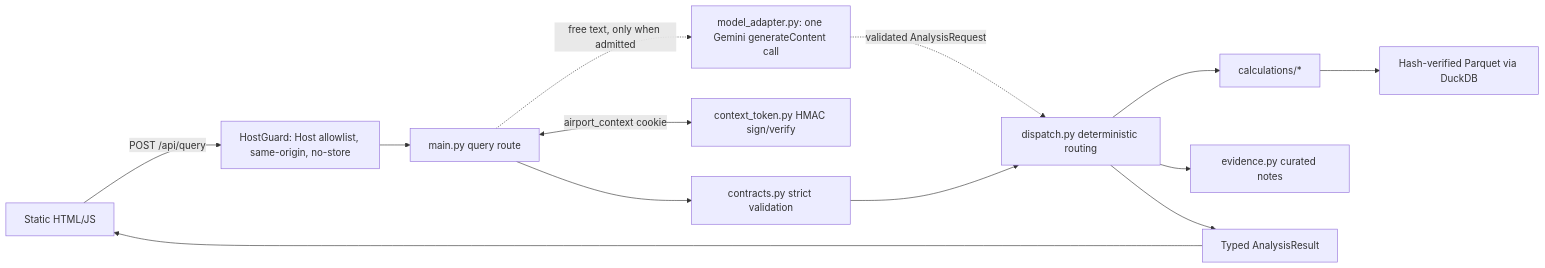
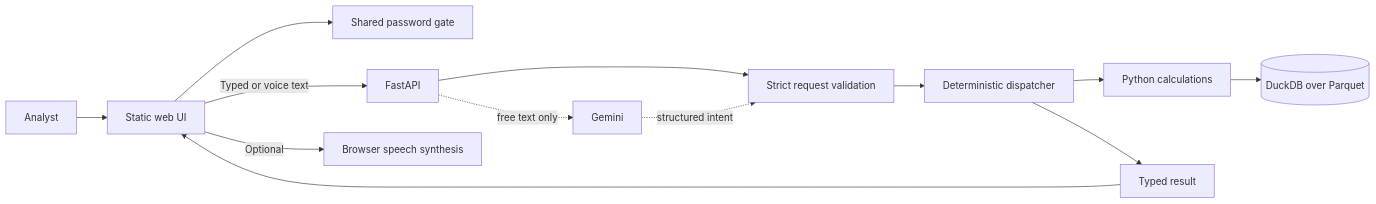
The first of 3 diagrams in docs/ARCHITECTURE.md (Bar-Bettash/deloitte-home-assignment), drawn with Mermaid before and after one commit. The commit also changed other lines of this file and 74 other files, not shown here.

````diff
--- a/docs/ARCHITECTURE.md
+++ b/docs/ARCHITECTURE.md
@@ -22,15 +7,15 @@
 ```mermaid
 flowchart LR
-    UI[Static HTML/JS] -->|POST /api/query| Guard[HostGuard: Host allowlist, same-origin, no-store]
-    Guard --> API[main.py query route]
-    API --> Contract[contracts.py strict validation]
-    API <-->|airport_context cookie| Ctx[context_token.py HMAC sign/verify]
-    API -.->|free text, only when admitted| Model[model_adapter.py: one Gemini generateContent call]
-    Model -.->|validated AnalysisRequest| Dispatch
-    Contract --> Dispatch[dispatch.py deterministic routing]
-    Dispatch --> Calc[calculations/*]
-    Calc --> Data[Hash-verified Parquet via DuckDB]
-    Dispatch --> Evidence[evidence.py curated notes]
-    Dispatch --> Result[Typed AnalysisResult]
-    Result --> UI
+    U[Analyst] --> UI[Static web UI]
+    UI --> AUTH[Shared password gate]
+    UI -->|Typed or voice text| API[FastAPI]
+    API --> CONTRACT[Strict request validation]
+    API -. free text only .-> LLM[Gemini]
+    LLM -. structured intent .-> CONTRACT
+    CONTRACT --> DISPATCH[Deterministic dispatcher]
+    DISPATCH --> CALC[Python calculations]
+    CALC --> DB[(DuckDB over Parquet)]
+    DISPATCH --> RESULT[Typed result]
+    RESULT --> UI
+    UI -->|Optional| TTS[Browser speech synthesis]
 ```
````
